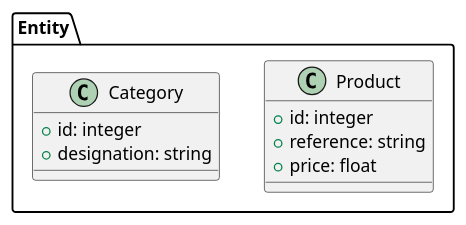
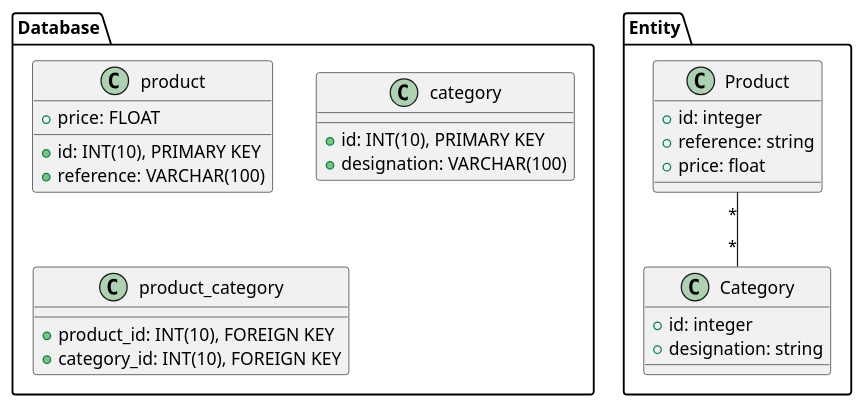
Before and after one commit to MaksJS/simplon_symfony: the diagram in uml.plantuml, drawn with PlantUML. The commit also changed 1 other file, not shown here.

Commit message:
updated uml

```diff
--- a/uml.plantuml
+++ b/uml.plantuml
@@ -1,14 +1,34 @@
 @startuml
 namespace Entity {
     class Product {
         + id: integer
         + reference: string
         + price: float
     }
 
     class Category {
         + id: integer
         + designation: string
     }
+
+    Product "*" -- "*" Category
+}
+
+namespace Database {
+    class product {
+        + id: INT(10), PRIMARY KEY
+        + reference: VARCHAR(100)
+        + price: FLOAT
+    }
+
+    class category {
+        + id: INT(10), PRIMARY KEY
+        + designation: VARCHAR(100)
+    }
+
+    class product_category {
+        + product_id: INT(10), FOREIGN KEY
+        + category_id: INT(10), FOREIGN KEY
+    }
 }
 @enduml
```
